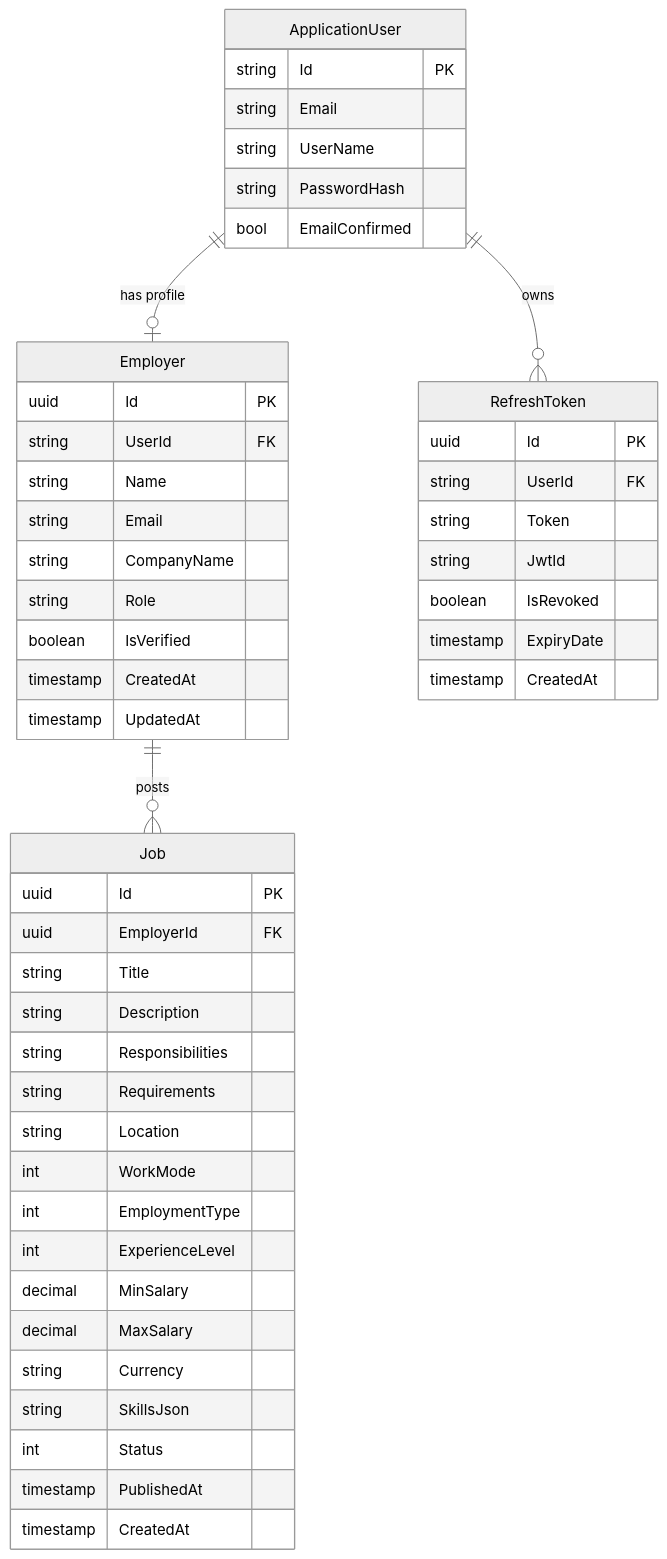
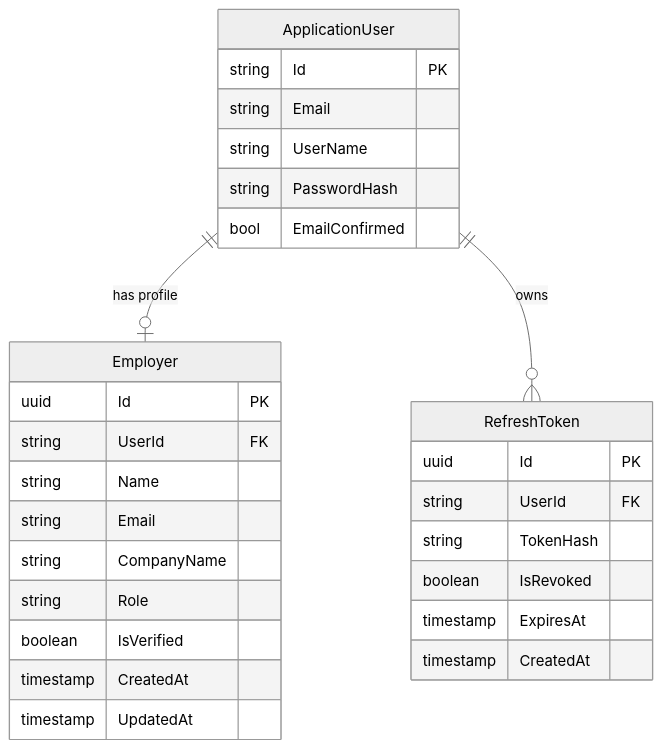
The diagram in docs/database/schema.md (MehedisCode/talentX.backend), drawn with Mermaid (neutral theme) before and after one commit. The commit also changed other lines of this file and 105 other files, not shown here.

Commit message:
feat(employer): restructure Clean Architecture, separate PostgreSQL migrations project, and organize layer folders (TX26-191)

````diff
--- a/docs/database/schema.md
+++ b/docs/database/schema.md
@@ -9,56 +9,34 @@
 ```mermaid
 erDiagram
     ApplicationUser ||--o| Employer : "has profile"
     ApplicationUser ||--o{ RefreshToken : "owns"
-    Employer ||--o{ Job : "posts"
 
     ApplicationUser {
         string Id PK
         string Email
         string UserName
         string PasswordHash
         bool EmailConfirmed
     }
 
     Employer {
         uuid Id PK
         string UserId FK
         string Name
         string Email
         string CompanyName
         string Role
         boolean IsVerified
         timestamp CreatedAt
         timestamp UpdatedAt
     }
 
     RefreshToken {
         uuid Id PK
         string UserId FK
-        string Token
-        string JwtId
+        string TokenHash
         boolean IsRevoked
-        timestamp ExpiryDate
-        timestamp CreatedAt
-    }
-
-    Job {
-        uuid Id PK
-        uuid EmployerId FK
-        string Title
-        string Description
-        string Responsibilities
-        string Requirements
-        string Location
-        int WorkMode
-        int EmploymentType
-        int ExperienceLevel
-        decimal MinSalary
-        decimal MaxSalary
-        string Currency
-        string SkillsJson
-        int Status
-        timestamp PublishedAt
+        timestamp ExpiresAt
         timestamp CreatedAt
     }
 ```
````
